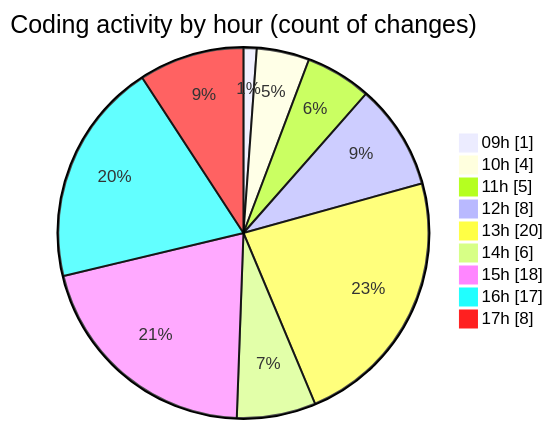
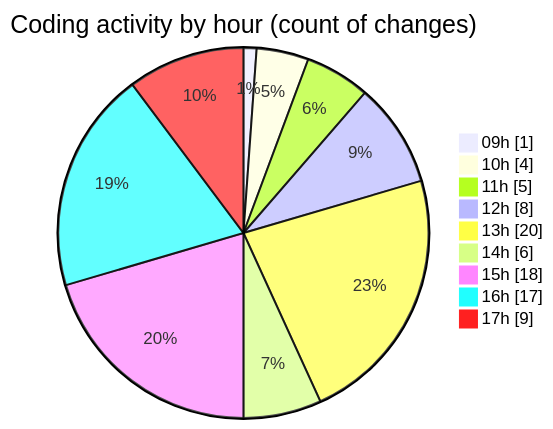
Before and after one commit to momahboobian/code-tracking: the second of 2 diagrams in 2025-02-24/cda/README.md, drawn with Mermaid. The commit also changed other lines of this file and 1 other file, not shown here.

````diff
--- a/2025-02-24/cda/README.md
+++ b/2025-02-24/cda/README.md
@@ -44,13 +45,13 @@
 ```mermaid
 pie showData
 title Coding activity by hour (count of changes)
 "09h" : 1
 "10h" : 4
 "11h" : 5
 "12h" : 8
 "13h" : 20
 "14h" : 6
 "15h" : 18
 "16h" : 17
-"17h" : 8
+"17h" : 9
 ```
````
